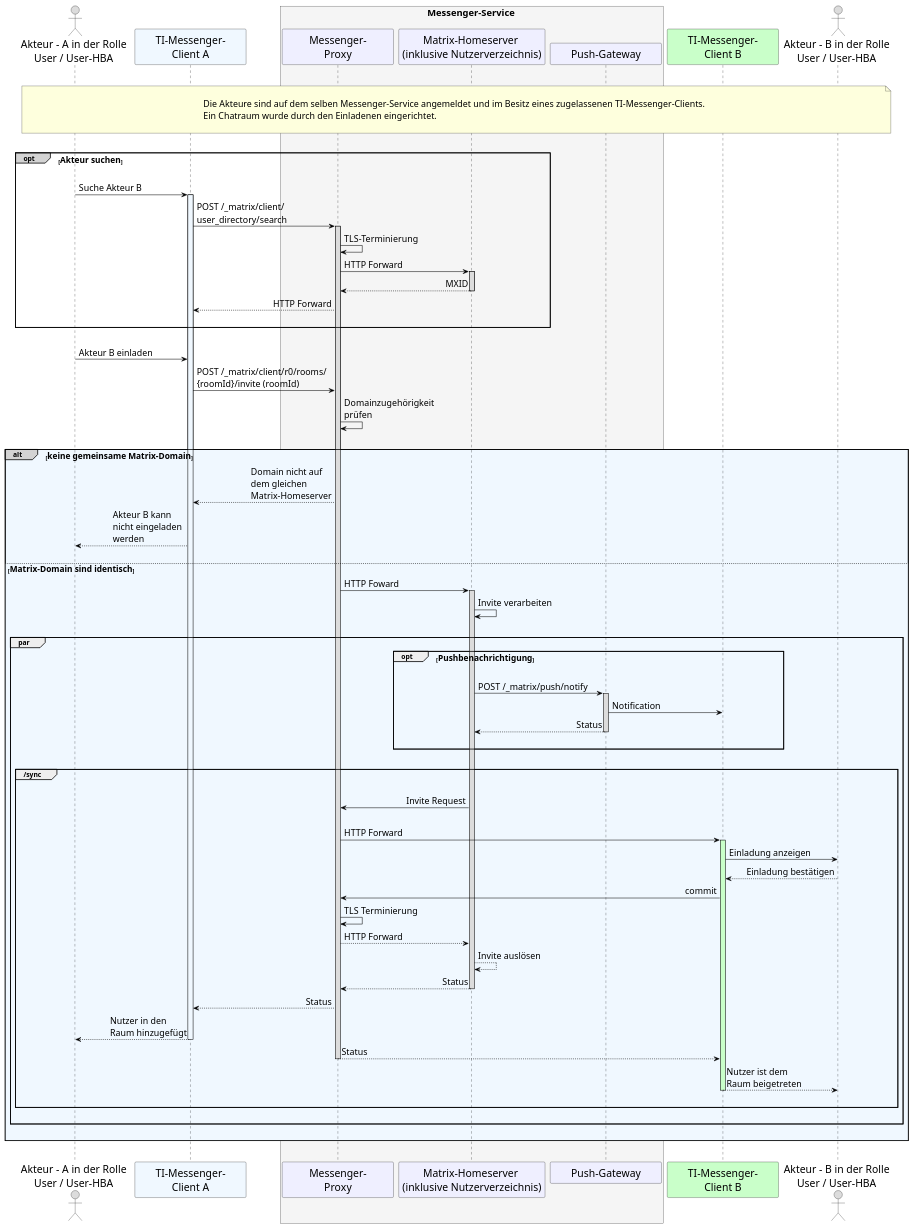
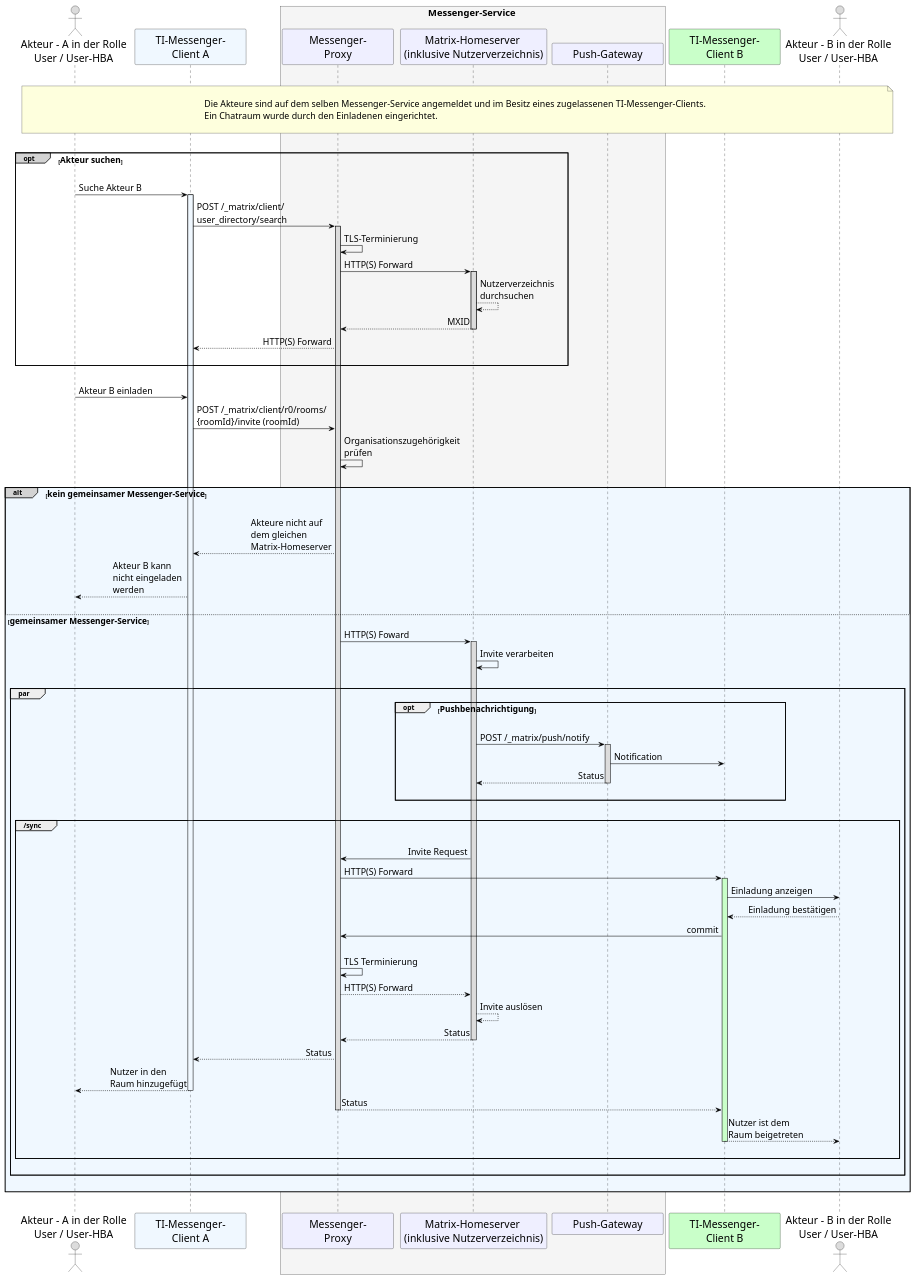
One commit to gematik/api-ti-messenger changed the diagram in src/plantuml/TI-Messenger-Dienst/Ressourcen/UC_10104_Seq.puml. Above: the diagram before and after it, drawn with PlantUML.

```diff
--- a/src/plantuml/TI-Messenger-Dienst/Ressourcen/UC_10104_Seq.puml
+++ b/src/plantuml/TI-Messenger-Dienst/Ressourcen/UC_10104_Seq.puml
@@ -9,114 +9,116 @@
 @startuml
 skinparam sequenceMessageAlign direction
 skinparam minClassWidth 200
 skinparam BoxPadding 1
 skinparam sequenceReferenceHeaderBackgroundColor palegreen
 scale max 2048 width
 
 skinparam sequence {
 ArrowColor black
 ArrowFontSize 17
 ActorBorderColor black
 LifeLineBorderColor black
 LifeLineBackgroundColor Gainsboro
 
 ParticipantBorderColor Motivation
 ParticipantBackgroundColor Motivation
 ParticipantFontName Impact
 ParticipantFontSize 20
 ParticipantFontColor black
 ParticipantBorderColor Black
 ParticipantBackgroundColor MOTIVATION
 
 ActorBackgroundColor Gainsboro
 ActorFontColor black
 ActorFontSize 20
 ActorFontName Aapex
 }
     actor U1 as "Akteur - A in der Rolle\nUser / User-HBA"
     participant C1 as "TI-Messenger-\nClient A" #AliceBlue
     box <size:18>Messenger-Service</size> #WhiteSmoke
       participant MP as "Messenger-\nProxy"
       participant MH as "Matrix-Homeserver \n(inklusive Nutzerverzeichnis)"
       participant PG as "Push-Gateway"
     end box
     participant C2 as "TI-Messenger-\nClient B"#TECHNOLOGY
     actor U2 as "Akteur - B in der Rolle\nUser / User-HBA"
     
 |||
 note over U1, U2: \n<size:17>Die Akteure sind auf dem selben Messenger-Service angemeldet und im Besitz eines zugelassenen TI-Messenger-Clients.\n<size:17>Ein Chatraum wurde durch den Einladenen eingerichtet.</size>\n
 |||
 
     opt#LightGrey <size:16>Akteur suchen</size>
     |||
     U1->C1: Suche Akteur B
       activate C1 #AliceBlue
     C1->MP: POST /_matrix/client/\nuser_directory/search
       activate MP
     MP->MP: TLS-Terminierung
-    MP->MH: HTTP Forward
+    MP->MH: HTTP(S) Forward
       activate MH
+    MH-->MH: Nutzerverzeichnis \ndurchsuchen
     MH-->MP: MXID
       deactivate MH
-    MP-->C1: HTTP Forward
+    MP-->C1: HTTP(S) Forward
     |||
     end
     
     |||
     U1->C1: Akteur B einladen
     C1->MP: POST /_matrix/client/r0/rooms/\n{roomId}/invite (roomId)
-    MP->MP: Domainzugehörigkeit \nprüfen
+    MP->MP: Organisationszugehörigkeit \nprüfen
     |||
     
-    alt#LightGrey #AliceBlue <size:16>keine gemeinsame Matrix-Domain</size>
-      MP-->C1: Domain nicht auf \ndem gleichen \nMatrix-Homeserver
+    alt#LightGrey #AliceBlue <size:16>kein gemeinsamer Messenger-Service</size>
+      |||
+      MP-->C1: Akteure nicht auf \ndem gleichen \nMatrix-Homeserver
       C1-->U1: Akteur B kann \nnicht eingeladen \nwerden
       |||
     
-      else <size:16>Matrix-Domain sind identisch</size>
+      else <size:16>gemeinsamer Messenger-Service</size>
     
-      MP->MH: HTTP Foward
+      MP->MH: HTTP(S) Foward
         activate MH
       MH->MH: Invite verarbeiten
       |||
       group par 
         opt <size:16>Pushbenachrichtigung</size>
           |||
           MH->PG: POST /_matrix/push/notify
             activate PG
           PG->C2: Notification
           PG-->MH: Status
             deactivate PG
         |||
         end
         |||
         group /sync
           |||
           MH->MP: Invite Request
-          |||
-          MP->C2: HTTP Forward
+          MP->C2: HTTP(S) Forward
             activate C2 #TECHNOLOGY
           C2->U2: Einladung anzeigen
           U2-->C2: Einladung bestätigen
           C2->MP: commit
+          |||
           MP->MP: TLS Terminierung
-          MP-->MH: HTTP Forward
+          MP-->MH: HTTP(S) Forward
           MH-->MH: Invite auslösen
           MH-->MP: Status
             deactivate MH
           MP-->C1: Status
           C1-->U1: Nutzer in den \nRaum hinzugefügt
             deactivate C1
           MP-->C2: Status
             deactivate MP
           C2-->U2: Nutzer ist dem \nRaum beigetreten
             deactivate C2
 
         |||
         end
       |||
       end
     |||
     end
 |||
 @enduml
```
